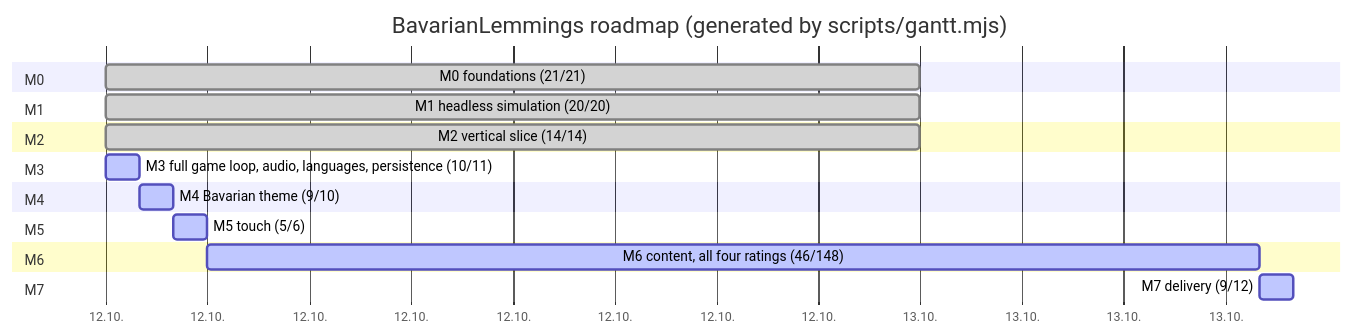
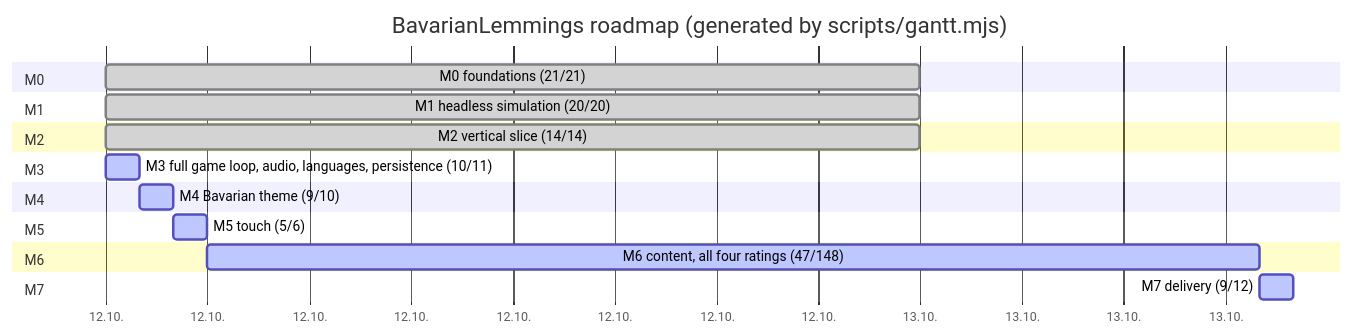
One commit to marcelpetrick/BavarianLemmings changed the diagram in plan.md. Above: the diagram before and after it, drawn with Mermaid. The commit also changed other lines of this file and 9 other files, not shown here.

````diff
--- a/plan.md
+++ b/plan.md
@@ -43,22 +43,22 @@
 ```mermaid
 gantt
     title BavarianLemmings roadmap (generated by scripts/gantt.mjs)
     dateFormat  YYYY-MM-DD
     axisFormat  %d.%m.
     section M0
     M0 foundations (21/21) :done, m0, 2026-10-12, 1d
     section M1
     M1 headless simulation (20/20) :done, m1, 2026-10-12, 1d
     section M2
     M2 vertical slice (14/14) :done, m2, 2026-10-12, 1d
     section M3
     M3 full game loop, audio, languages, persistence (10/11) :active, m3, 2026-10-12, 1h
     section M4
     M4 Bavarian theme (9/10) :active, m4, after m3, 1h
     section M5
     M5 touch (5/6) :active, m5, after m4, 1h
     section M6
-    M6 content, all four ratings (46/148) :active, m6, after m5, 31h
+    M6 content, all four ratings (47/148) :active, m6, after m5, 31h
     section M7
     M7 delivery (9/12) :active, m7, after m6, 1h
 ```
````
